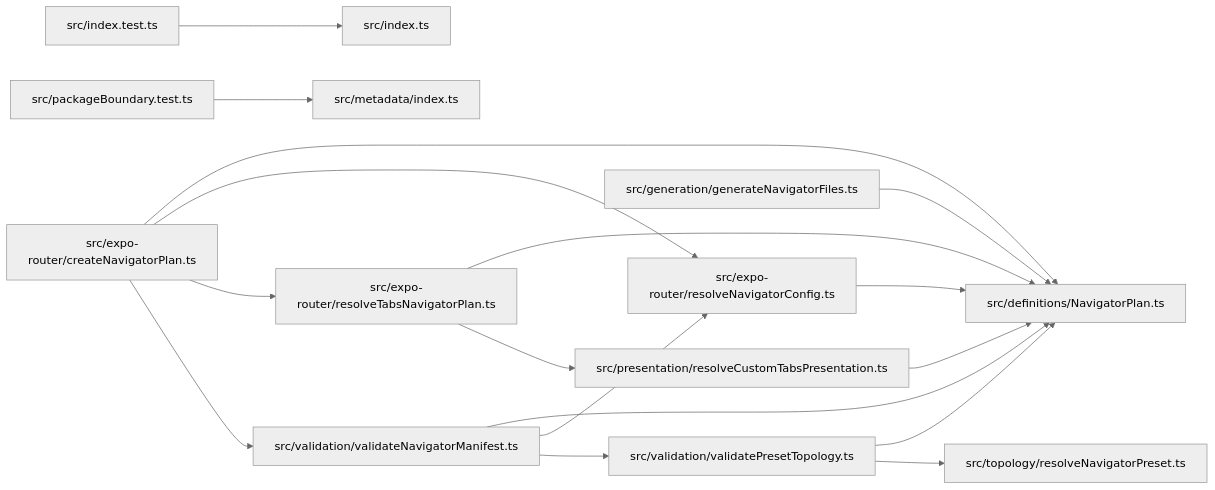
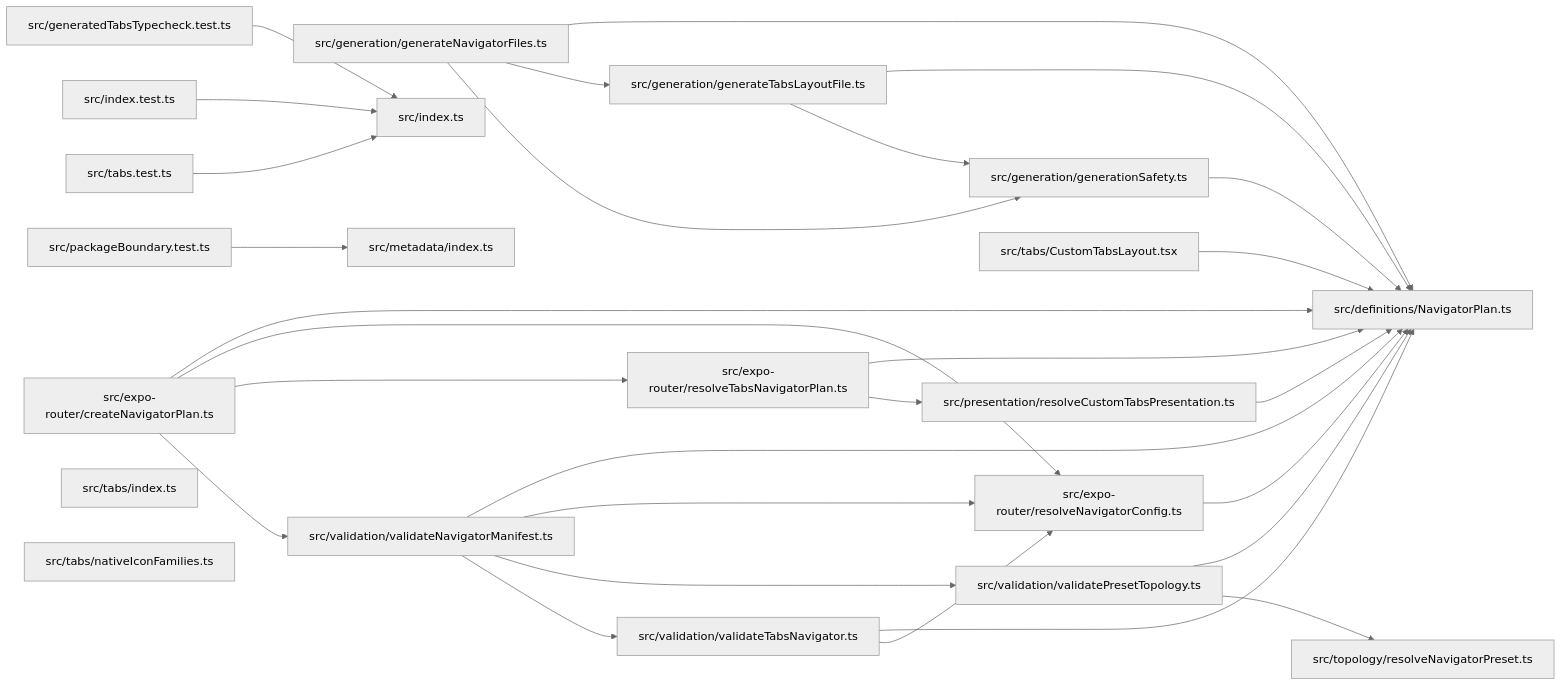
One commit to ankhorage/navigator changed the diagram in paradox/diagrams/module-relationships.mmd. Above: the diagram before and after it, drawn with Mermaid (neutral theme). The commit also changed 31 other files, not shown here.

```diff
--- a/paradox/diagrams/module-relationships.mmd
+++ b/paradox/diagrams/module-relationships.mmd
@@ -1,30 +1,49 @@
 graph LR
   module_src_definitions_NavigatorPlan_ts["src/definitions/NavigatorPlan.ts"]
   module_src_expo_router_createNavigatorPlan_ts["src/expo-router/createNavigatorPlan.ts"]
   module_src_expo_router_resolveNavigatorConfig_ts["src/expo-router/resolveNavigatorConfig.ts"]
   module_src_expo_router_resolveTabsNavigatorPlan_ts["src/expo-router/resolveTabsNavigatorPlan.ts"]
+  module_src_generatedTabsTypecheck_test_ts["src/generatedTabsTypecheck.test.ts"]
   module_src_generation_generateNavigatorFiles_ts["src/generation/generateNavigatorFiles.ts"]
+  module_src_generation_generateTabsLayoutFile_ts["src/generation/generateTabsLayoutFile.ts"]
+  module_src_generation_generationSafety_ts["src/generation/generationSafety.ts"]
   module_src_index_test_ts["src/index.test.ts"]
   module_src_index_ts["src/index.ts"]
   module_src_metadata_index_ts["src/metadata/index.ts"]
   module_src_packageBoundary_test_ts["src/packageBoundary.test.ts"]
   module_src_presentation_resolveCustomTabsPresentation_ts["src/presentation/resolveCustomTabsPresentation.ts"]
+  module_src_tabs_test_ts["src/tabs.test.ts"]
+  module_src_tabs_CustomTabsLayout_tsx["src/tabs/CustomTabsLayout.tsx"]
+  module_src_tabs_index_ts["src/tabs/index.ts"]
+  module_src_tabs_nativeIconFamilies_ts["src/tabs/nativeIconFamilies.ts"]
   module_src_topology_resolveNavigatorPreset_ts["src/topology/resolveNavigatorPreset.ts"]
   module_src_validation_validateNavigatorManifest_ts["src/validation/validateNavigatorManifest.ts"]
   module_src_validation_validatePresetTopology_ts["src/validation/validatePresetTopology.ts"]
+  module_src_validation_validateTabsNavigator_ts["src/validation/validateTabsNavigator.ts"]
   module_src_expo_router_createNavigatorPlan_ts --> module_src_definitions_NavigatorPlan_ts
   module_src_expo_router_createNavigatorPlan_ts --> module_src_expo_router_resolveNavigatorConfig_ts
   module_src_expo_router_createNavigatorPlan_ts --> module_src_expo_router_resolveTabsNavigatorPlan_ts
   module_src_expo_router_createNavigatorPlan_ts --> module_src_validation_validateNavigatorManifest_ts
   module_src_expo_router_resolveNavigatorConfig_ts --> module_src_definitions_NavigatorPlan_ts
   module_src_expo_router_resolveTabsNavigatorPlan_ts --> module_src_definitions_NavigatorPlan_ts
   module_src_expo_router_resolveTabsNavigatorPlan_ts --> module_src_presentation_resolveCustomTabsPresentation_ts
+  module_src_generatedTabsTypecheck_test_ts --> module_src_index_ts
   module_src_generation_generateNavigatorFiles_ts --> module_src_definitions_NavigatorPlan_ts
+  module_src_generation_generateNavigatorFiles_ts --> module_src_generation_generateTabsLayoutFile_ts
+  module_src_generation_generateNavigatorFiles_ts --> module_src_generation_generationSafety_ts
+  module_src_generation_generateTabsLayoutFile_ts --> module_src_definitions_NavigatorPlan_ts
+  module_src_generation_generateTabsLayoutFile_ts --> module_src_generation_generationSafety_ts
+  module_src_generation_generationSafety_ts --> module_src_definitions_NavigatorPlan_ts
   module_src_index_test_ts --> module_src_index_ts
   module_src_packageBoundary_test_ts --> module_src_metadata_index_ts
   module_src_presentation_resolveCustomTabsPresentation_ts --> module_src_definitions_NavigatorPlan_ts
+  module_src_tabs_test_ts --> module_src_index_ts
+  module_src_tabs_CustomTabsLayout_tsx --> module_src_definitions_NavigatorPlan_ts
   module_src_validation_validateNavigatorManifest_ts --> module_src_definitions_NavigatorPlan_ts
   module_src_validation_validateNavigatorManifest_ts --> module_src_expo_router_resolveNavigatorConfig_ts
   module_src_validation_validateNavigatorManifest_ts --> module_src_validation_validatePresetTopology_ts
+  module_src_validation_validateNavigatorManifest_ts --> module_src_validation_validateTabsNavigator_ts
   module_src_validation_validatePresetTopology_ts --> module_src_definitions_NavigatorPlan_ts
   module_src_validation_validatePresetTopology_ts --> module_src_topology_resolveNavigatorPreset_ts
+  module_src_validation_validateTabsNavigator_ts --> module_src_definitions_NavigatorPlan_ts
+  module_src_validation_validateTabsNavigator_ts --> module_src_expo_router_resolveNavigatorConfig_ts
```
